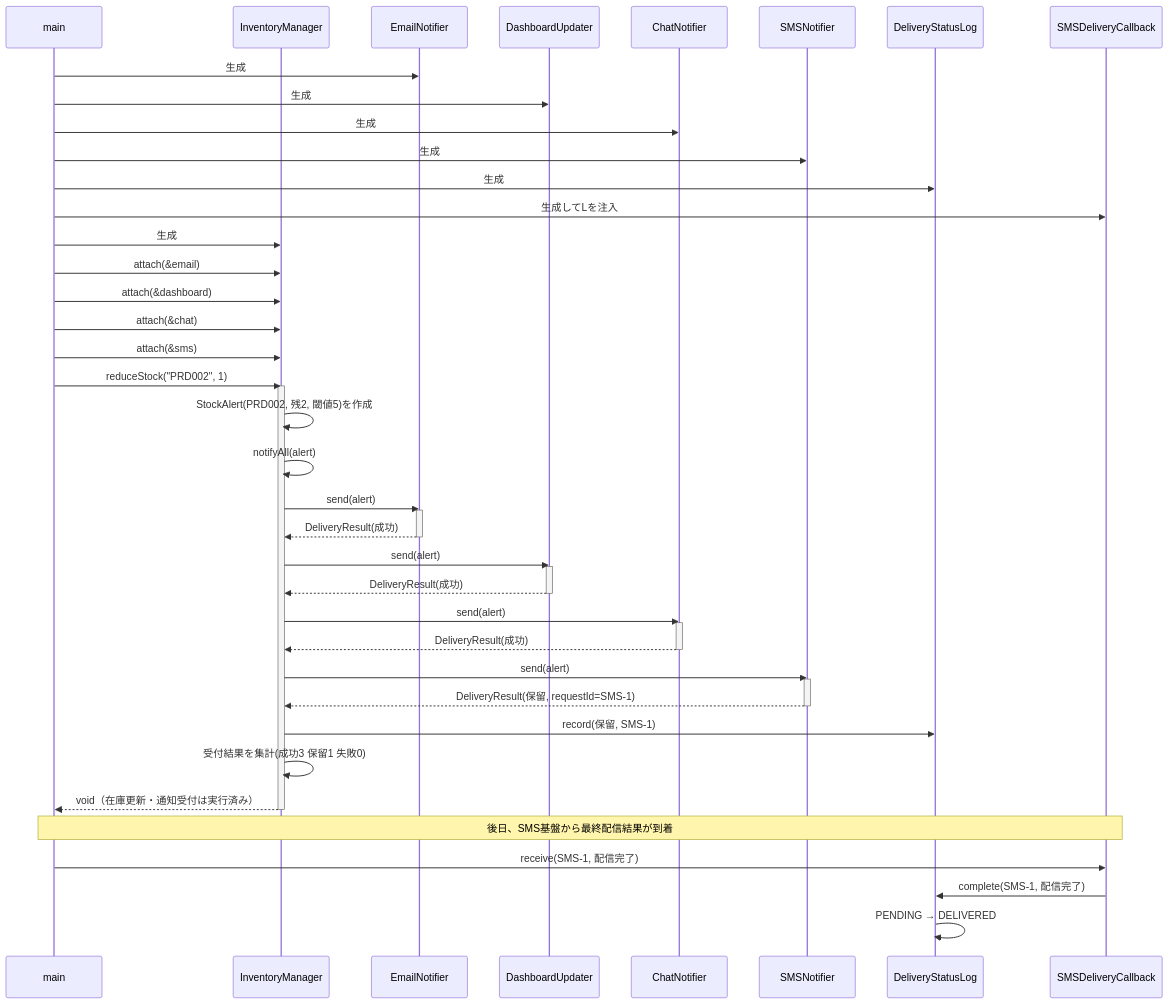
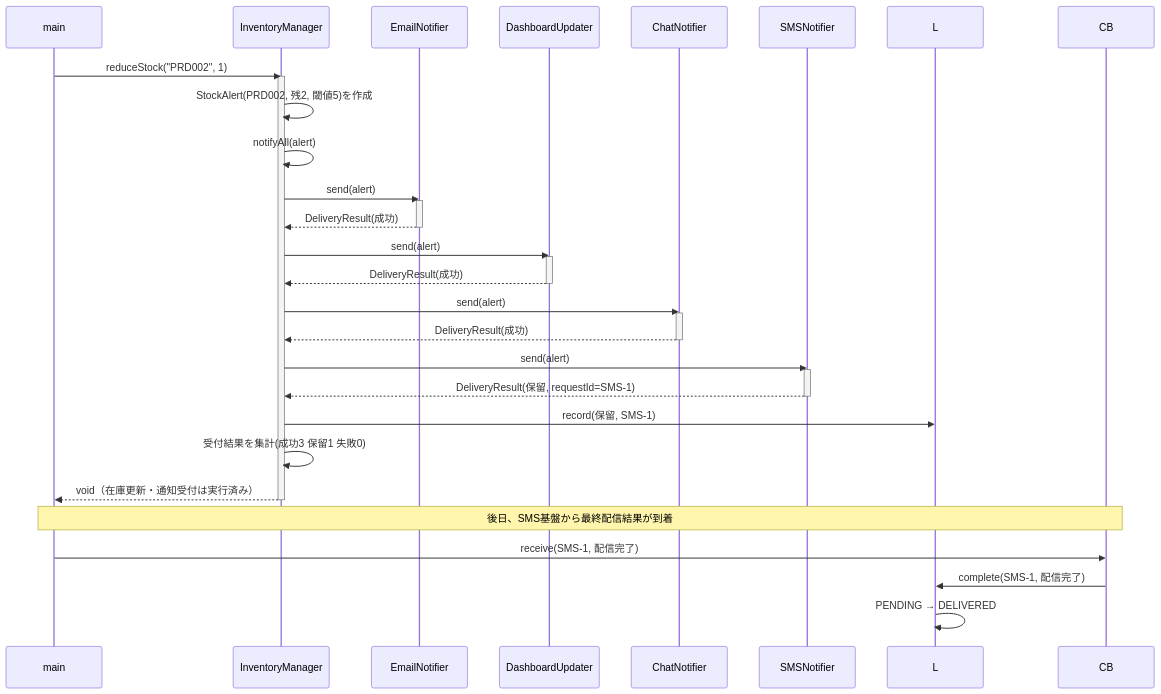
One commit to kumachan1101-pixel/DesignPattern changed the tenth of 13 diagrams in kindle/design-patterns/books/volume01-core-patterns/output/chapter03.md. Above: the diagram before and after it, drawn with Mermaid. The commit also changed other lines of this file and 8 other files, not shown here.

````diff
--- a/kindle/design-patterns/books/volume01-core-patterns/output/chapter03.md
+++ b/kindle/design-patterns/books/volume01-core-patterns/output/chapter03.md
@@ -2088,51 +2247,38 @@
 ```mermaid
 sequenceDiagram
     participant M as main
     participant IM as InventoryManager
     participant E as EmailNotifier
     participant D as DashboardUpdater
     participant C as ChatNotifier
     participant S as SMSNotifier
-    participant L as DeliveryStatusLog
-    participant CB as SMSDeliveryCallback
 
-    M->>E: 生成
-    M->>D: 生成
-    M->>C: 生成
-    M->>S: 生成
-    M->>L: 生成
-    M->>CB: 生成してLを注入
-    M->>IM: 生成
-    M->>IM: attach(&email)
-    M->>IM: attach(&dashboard)
-    M->>IM: attach(&chat)
-    M->>IM: attach(&sms)
     M->>IM: reduceStock("PRD002", 1)
     activate IM
     IM->>IM: StockAlert(PRD002, 残2, 閾値5)を作成
     IM->>IM: notifyAll(alert)
     IM->>E: send(alert)
     activate E
     E-->>IM: DeliveryResult(成功)
     deactivate E
     IM->>D: send(alert)
     activate D
     D-->>IM: DeliveryResult(成功)
     deactivate D
     IM->>C: send(alert)
     activate C
     C-->>IM: DeliveryResult(成功)
     deactivate C
     IM->>S: send(alert)
     activate S
     S-->>IM: DeliveryResult(保留, requestId=SMS-1)
     deactivate S
     IM->>L: record(保留, SMS-1)
     IM->>IM: 受付結果を集計(成功3 保留1 失敗0)
     IM-->>M: void（在庫更新・通知受付は実行済み）
     deactivate IM
     Note over M,CB: 後日、SMS基盤から最終配信結果が到着
     M->>CB: receive(SMS-1, 配信完了)
     CB->>L: complete(SMS-1, 配信完了)
     L->>L: PENDING → DELIVERED
 ```
````
